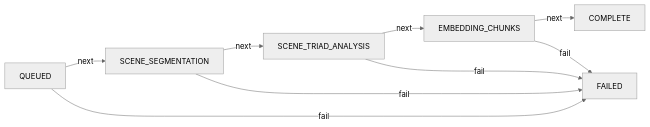
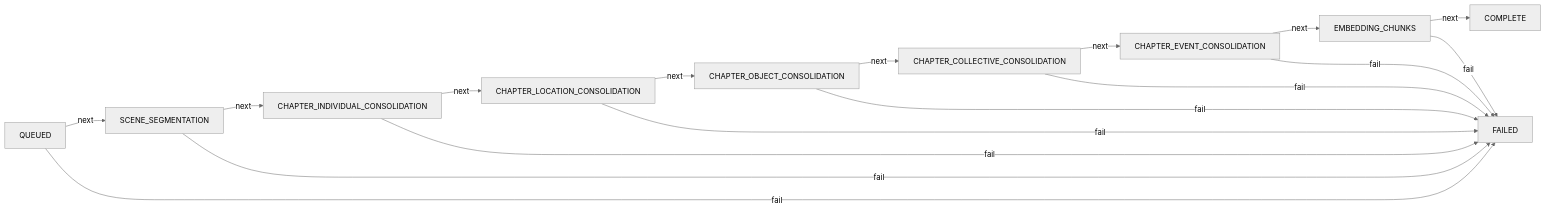
One commit to chaixdev/lorevault-kb changed the second of 2 diagrams in docs/patterns/ingestion/ingestion-job-observability.md. Above: the diagram before and after it, drawn with Mermaid (neutral theme). The commit also changed other lines of this file and 89 other files, not shown here.

````diff
--- a/docs/patterns/ingestion/ingestion-job-observability.md
+++ b/docs/patterns/ingestion/ingestion-job-observability.md
@@ -31,11 +32,19 @@
 ```mermaid
 graph LR
     QUEUED["QUEUED"] -->|"next"| SEGMENT["SCENE_SEGMENTATION"]
-    SEGMENT -->|"next"| TRIAD["SCENE_TRIAD_ANALYSIS"]
-    TRIAD -->|"next"| EMBED["EMBEDDING_CHUNKS"]
+    SEGMENT -->|"next"| INDIVIDUAL["CHAPTER_INDIVIDUAL_CONSOLIDATION"]
+    INDIVIDUAL -->|"next"| LOCATION["CHAPTER_LOCATION_CONSOLIDATION"]
+    LOCATION -->|"next"| OBJECT["CHAPTER_OBJECT_CONSOLIDATION"]
+    OBJECT -->|"next"| COLLECTIVE["CHAPTER_COLLECTIVE_CONSOLIDATION"]
+    COLLECTIVE -->|"next"| EVENT["CHAPTER_EVENT_CONSOLIDATION"]
+    EVENT -->|"next"| EMBED["EMBEDDING_CHUNKS"]
     EMBED -->|"next"| COMPLETE["COMPLETE"]
     QUEUED -->|"fail"| FAILED["FAILED"]
     SEGMENT -->|"fail"| FAILED
-    TRIAD -->|"fail"| FAILED
+    INDIVIDUAL -->|"fail"| FAILED
+    LOCATION -->|"fail"| FAILED
+    OBJECT -->|"fail"| FAILED
+    COLLECTIVE -->|"fail"| FAILED
+    EVENT -->|"fail"| FAILED
     EMBED -->|"fail"| FAILED
 ```
````
